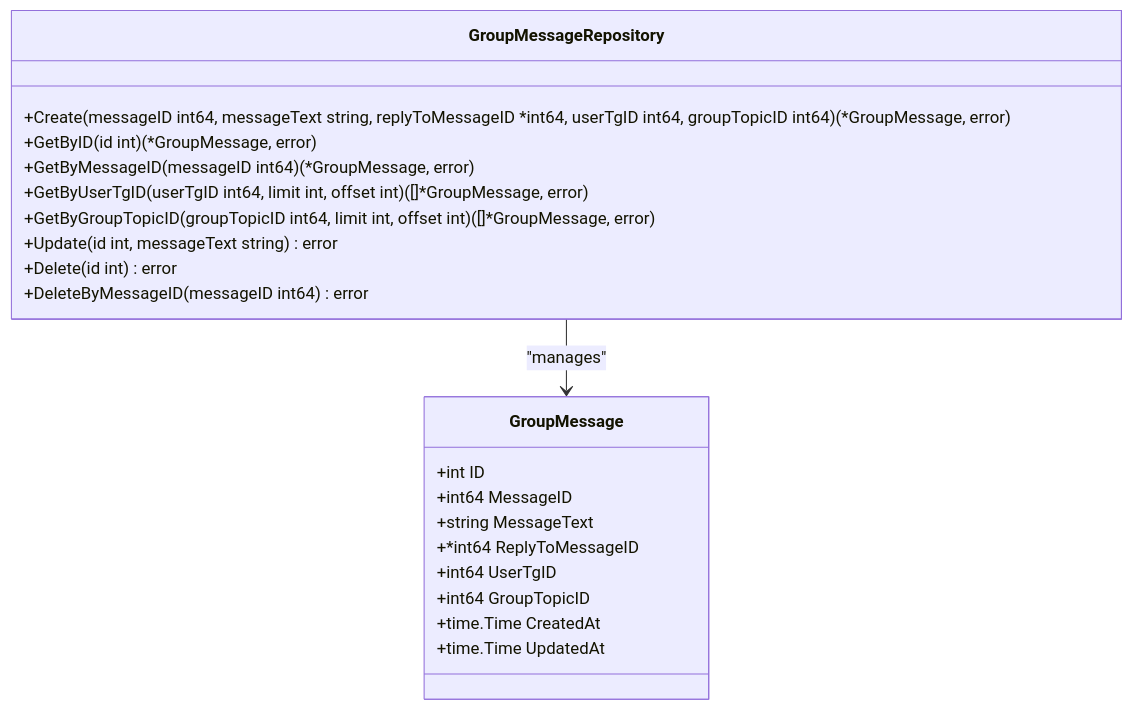
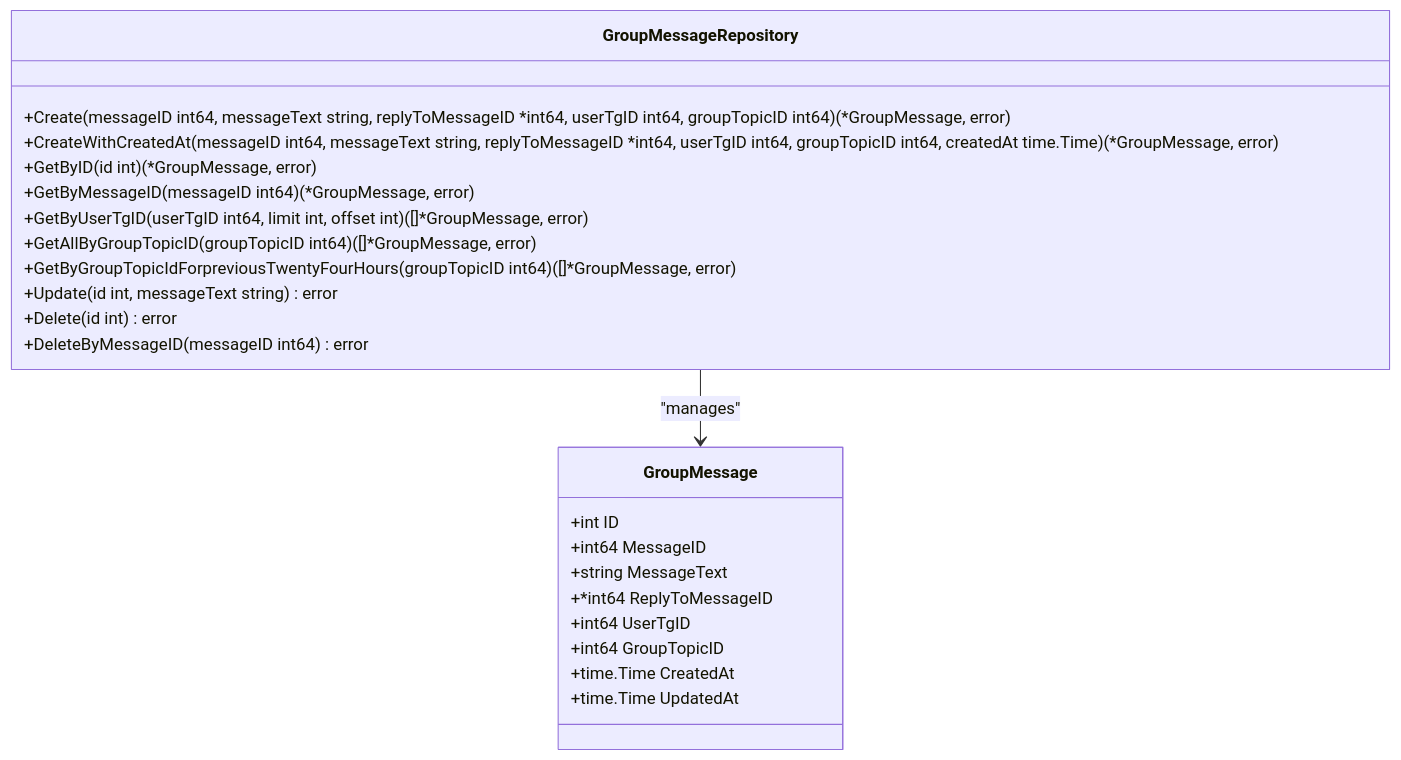
Before and after one commit to it-beard/evo-bot-go: the fifth of 7 diagrams in .qoder/repowiki/en/content/Repository Layer/Repository Layer.md, drawn with Mermaid. The commit also changed other lines of this file and 14 other files, not shown here.

````diff
--- a/.qoder/repowiki/en/content/Repository Layer/Repository Layer.md
+++ b/.qoder/repowiki/en/content/Repository Layer/Repository Layer.md
@@ -245,24 +253,26 @@
 ```mermaid
 classDiagram
 class GroupMessage {
 +int ID
 +int64 MessageID
 +string MessageText
 +*int64 ReplyToMessageID
 +int64 UserTgID
 +int64 GroupTopicID
 +time.Time CreatedAt
 +time.Time UpdatedAt
 }
 class GroupMessageRepository {
 +Create(messageID int64, messageText string, replyToMessageID *int64, userTgID int64, groupTopicID int64) (*GroupMessage, error)
++CreateWithCreatedAt(messageID int64, messageText string, replyToMessageID *int64, userTgID int64, groupTopicID int64, createdAt time.Time) (*GroupMessage, error)
 +GetByID(id int) (*GroupMessage, error)
 +GetByMessageID(messageID int64) (*GroupMessage, error)
 +GetByUserTgID(userTgID int64, limit int, offset int) ([]*GroupMessage, error)
-+GetByGroupTopicID(groupTopicID int64, limit int, offset int) ([]*GroupMessage, error)
++GetAllByGroupTopicID(groupTopicID int64) ([]*GroupMessage, error)
++GetByGroupTopicIdForpreviousTwentyFourHours(groupTopicID int64) ([]*GroupMessage, error)
 +Update(id int, messageText string) error
 +Delete(id int) error
 +DeleteByMessageID(messageID int64) error
 }
 GroupMessageRepository --> GroupMessage : "manages"
 ```
````
